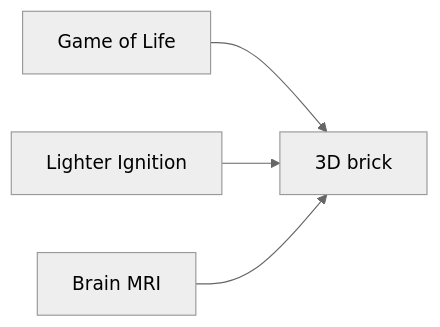
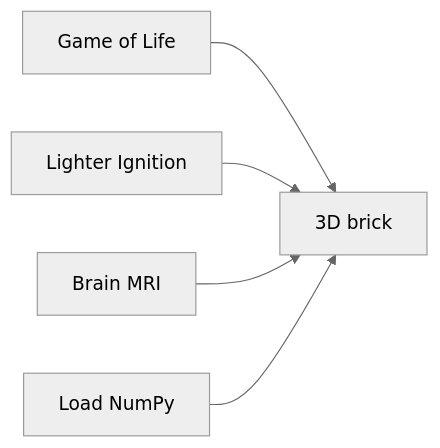
Before and after one commit to PiMaV/DONNER: the second of 3 diagrams in docs/welcome.md, drawn with Mermaid (neutral theme). The commit also changed other lines of this file and 22 other files, not shown here.

````diff
--- a/docs/welcome.md
+++ b/docs/welcome.md
@@ -14,9 +54,11 @@
 ```mermaid
 flowchart LR
   life[Game of Life]
   light[Lighter Ignition]
   brain[Brain MRI]
+  npy[Load NumPy]
   life --> brick[3D brick]
   light --> brick
   brain --> brick
+  npy --> brick
 ```
````
